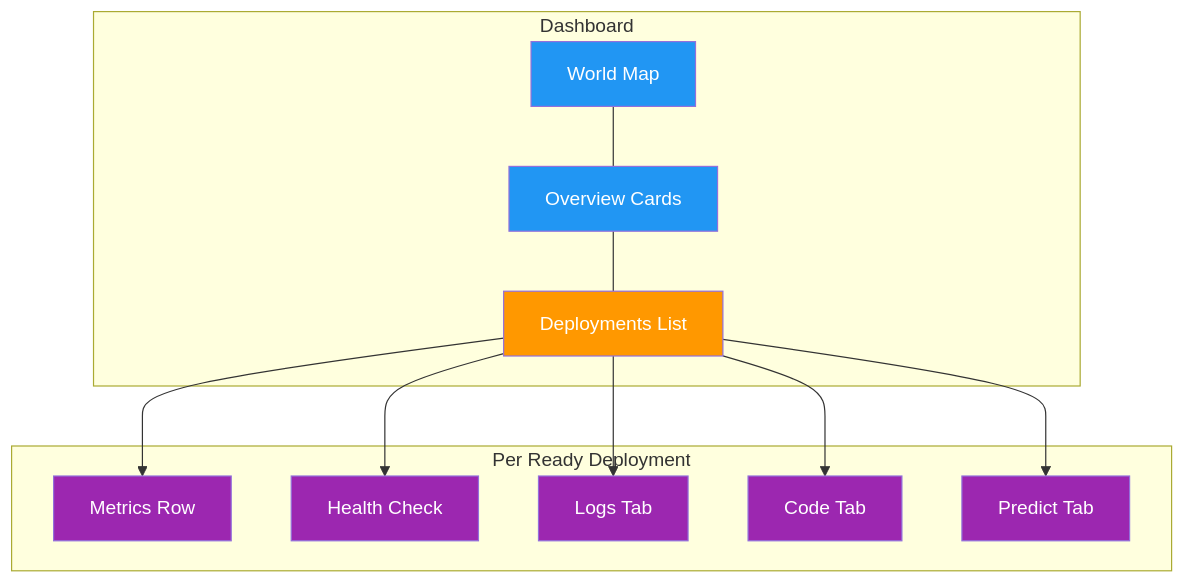
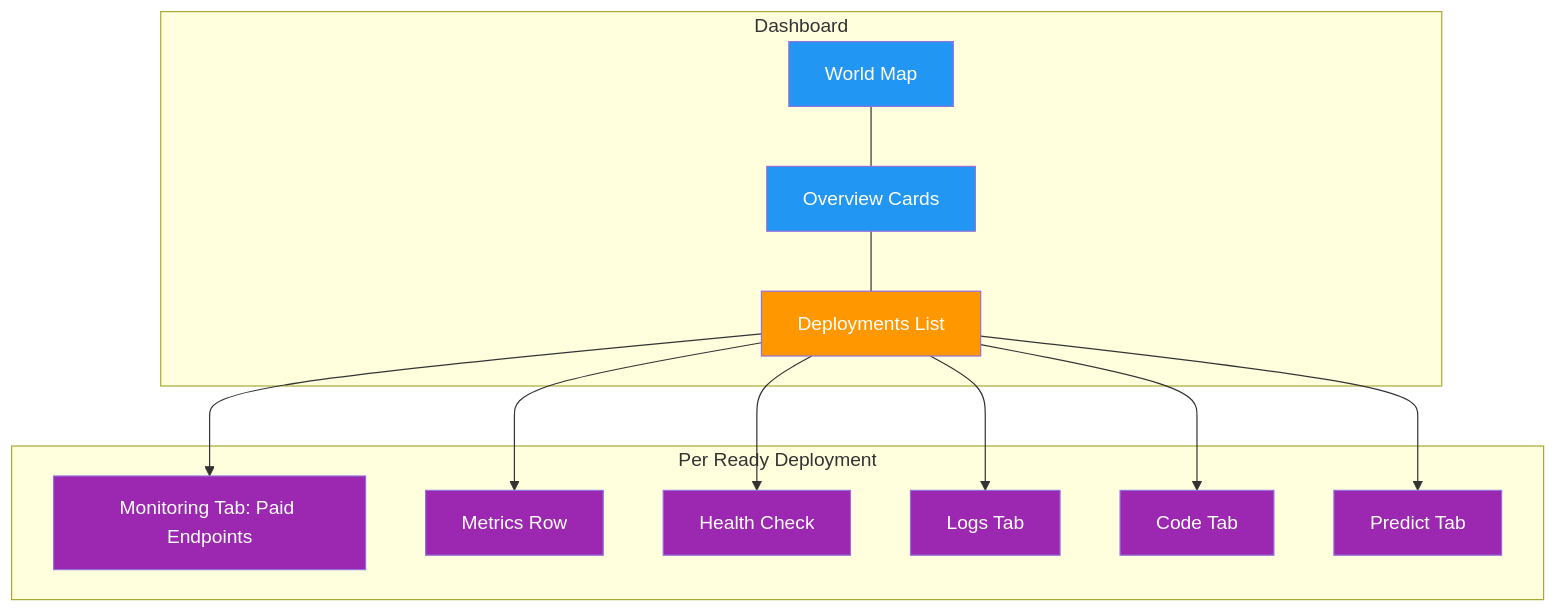
Before and after one commit to Rehman-AD/cv-yolov8-core: the diagram in docs/en/platform/deploy/monitoring.md, drawn with Mermaid. The commit also changed other lines of this file and 3 other files, not shown here.

````diff
--- a/docs/en/platform/deploy/monitoring.md
+++ b/docs/en/platform/deploy/monitoring.md
@@ -19,23 +19,25 @@
 ```mermaid
 graph TB
     subgraph Dashboard
         Map[World Map]:::proc --- Cards[Overview Cards]:::proc
         Cards --- List[Deployments List]:::decide
     end
     subgraph "Per Ready Deployment"
+        Monitoring[Monitoring Tab: Paid Endpoints]:::out
         Metrics[Metrics Row]:::out
         Health[Health Check]:::out
         Logs[Logs Tab]:::out
         Code[Code Tab]:::out
         Predict[Predict Tab]:::out
     end
+    List --> Monitoring
     List --> Metrics
     List --> Health
     List --> Logs
     List --> Code
     List --> Predict
 
     classDef proc fill:#2196F3,color:#fff
     classDef decide fill:#FF9800,color:#fff
     classDef out fill:#9C27B0,color:#fff
 ```
````
